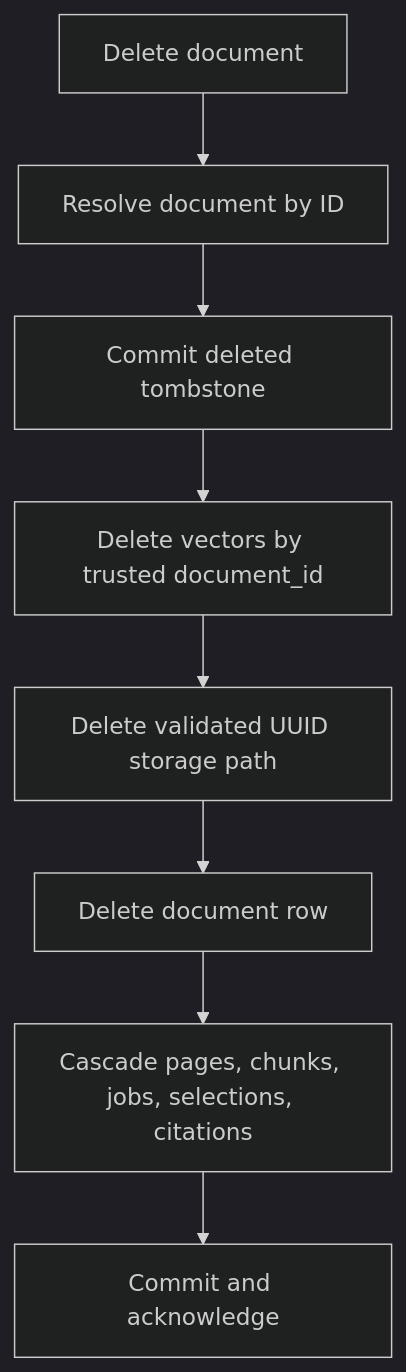
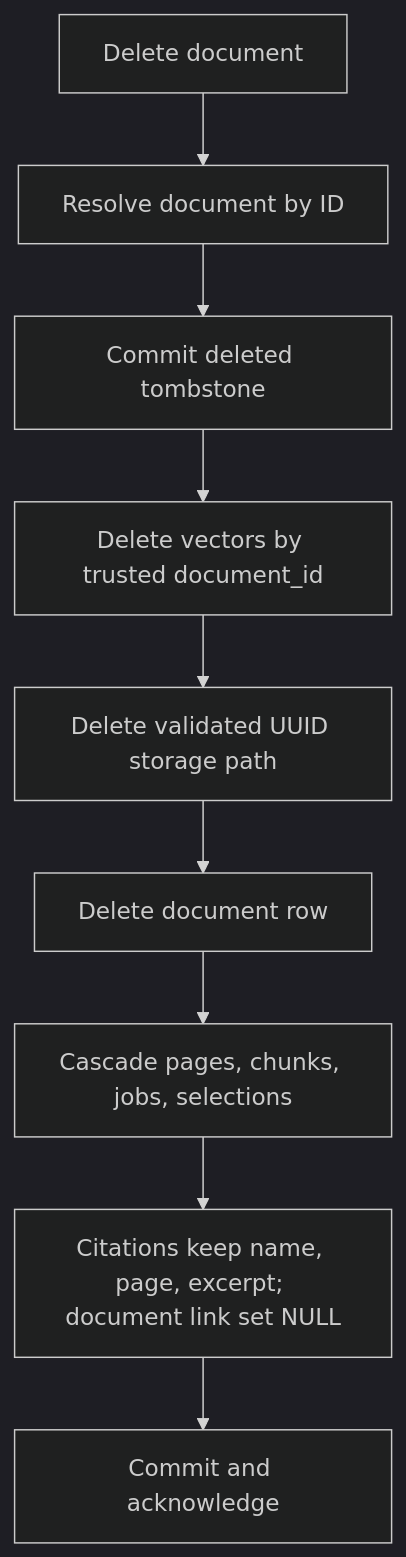
One commit to ewilmoth23/grounded-pdf changed the fourth of 4 diagrams in docs/data-flow.md. Above: the diagram before and after it, drawn with Mermaid (dark theme). The commit also changed other lines of this file and 27 other files, not shown here.

````diff
--- a/docs/data-flow.md
+++ b/docs/data-flow.md
@@ -103,10 +103,11 @@
 ```mermaid
 flowchart TD
   Request["Delete document"] --> Resolve["Resolve document by ID"]
   Resolve --> Tombstone["Commit deleted tombstone"]
   Tombstone --> Vector["Delete vectors by trusted document_id"]
   Vector --> File["Delete validated UUID storage path"]
   File --> Database["Delete document row"]
-  Database --> Cascade["Cascade pages, chunks, jobs, selections, citations"]
-  Cascade --> Commit["Commit and acknowledge"]
+  Database --> Cascade["Cascade pages, chunks, jobs, selections"]
+  Cascade --> Snapshot["Citations keep name, page, excerpt; document link set NULL"]
+  Snapshot --> Commit["Commit and acknowledge"]
 ```
````
